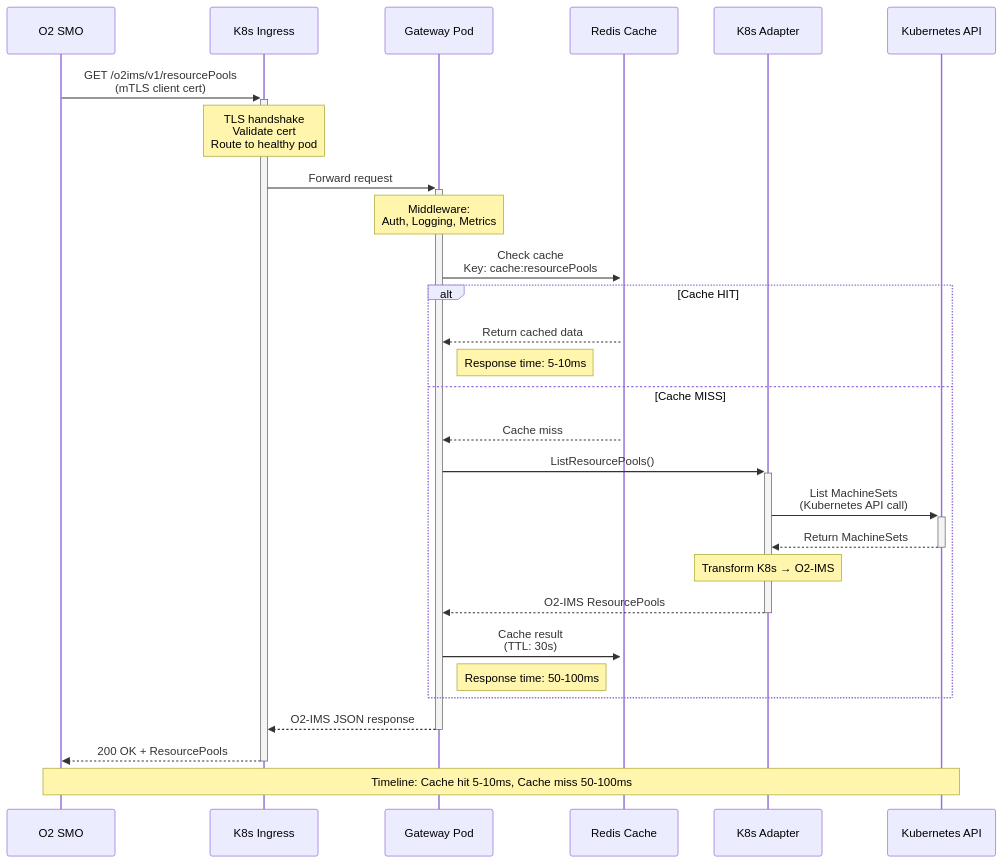
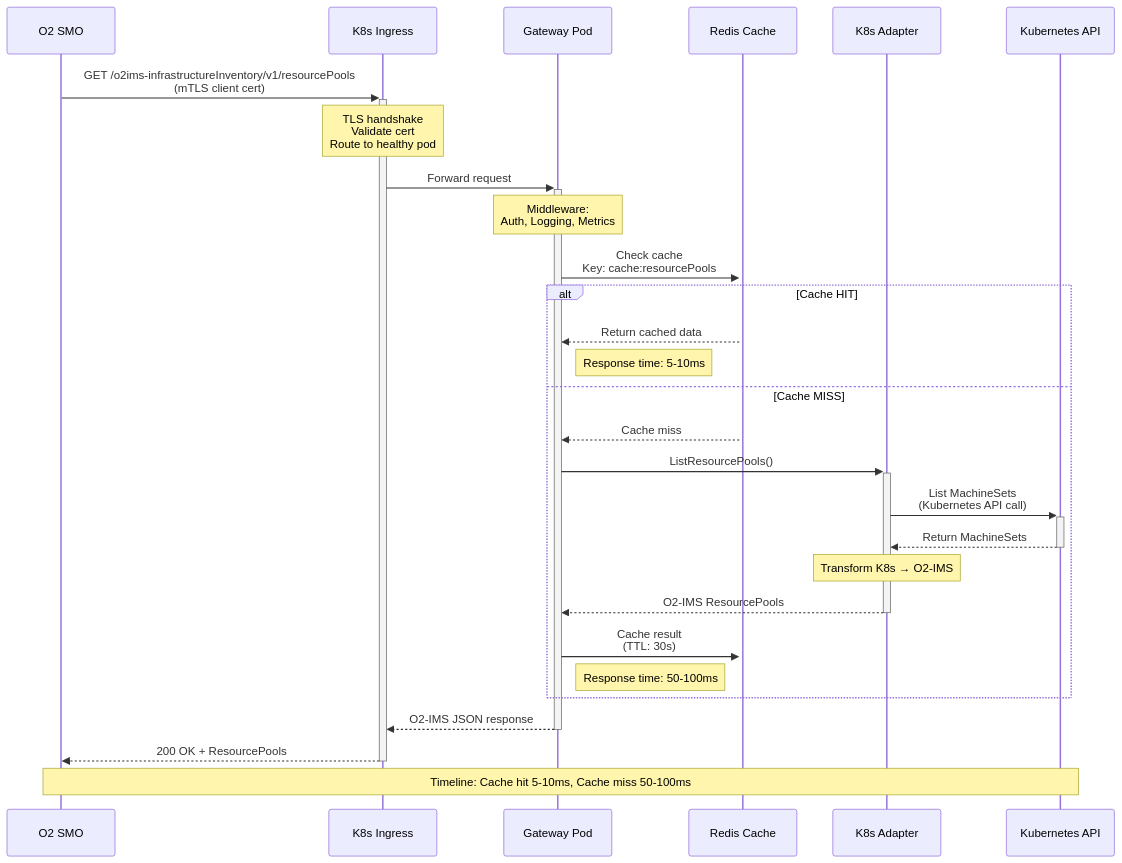
The first of 6 diagrams in docs/architecture/data-flow.md (piwi3910/netweave), drawn with Mermaid before and after one commit. The commit also changed other lines of this file and 33 other files, not shown here.

````diff
--- a/docs/architecture/data-flow.md
+++ b/docs/architecture/data-flow.md
@@ -18,36 +18,36 @@
 ```mermaid
 sequenceDiagram
     participant SMO as O2 SMO
     participant Ingress as K8s Ingress
     participant Gateway as Gateway Pod
     participant Redis as Redis Cache
     participant Adapter as K8s Adapter
     participant K8s as Kubernetes API
 
-    SMO->>+Ingress: GET /o2ims/v1/resourcePools<br/>(mTLS client cert)
+    SMO->>+Ingress: GET /o2ims-infrastructureInventory/v1/resourcePools<br/>(mTLS client cert)
     Note over Ingress: TLS handshake<br/>Validate cert<br/>Route to healthy pod
 
     Ingress->>+Gateway: Forward request
     Note over Gateway: Middleware:<br/>Auth, Logging, Metrics
 
     Gateway->>+Redis: Check cache<br/>Key: cache:resourcePools
 
     alt Cache HIT
         Redis-->>Gateway: Return cached data
         Note right of Gateway: Response time: 5-10ms
     else Cache MISS
         Redis-->>Gateway: Cache miss
         Gateway->>+Adapter: ListResourcePools()
         Adapter->>+K8s: List MachineSets<br/>(Kubernetes API call)
         K8s-->>-Adapter: Return MachineSets
         Note over Adapter: Transform K8s → O2-IMS
         Adapter-->>-Gateway: O2-IMS ResourcePools
         Gateway->>Redis: Cache result<br/>(TTL: 30s)
         Note right of Gateway: Response time: 50-100ms
     end
 
     Gateway-->>-Ingress: O2-IMS JSON response
     Ingress-->>-SMO: 200 OK + ResourcePools
 
     Note over SMO,K8s: Timeline: Cache hit 5-10ms, Cache miss 50-100ms
 ```
````
